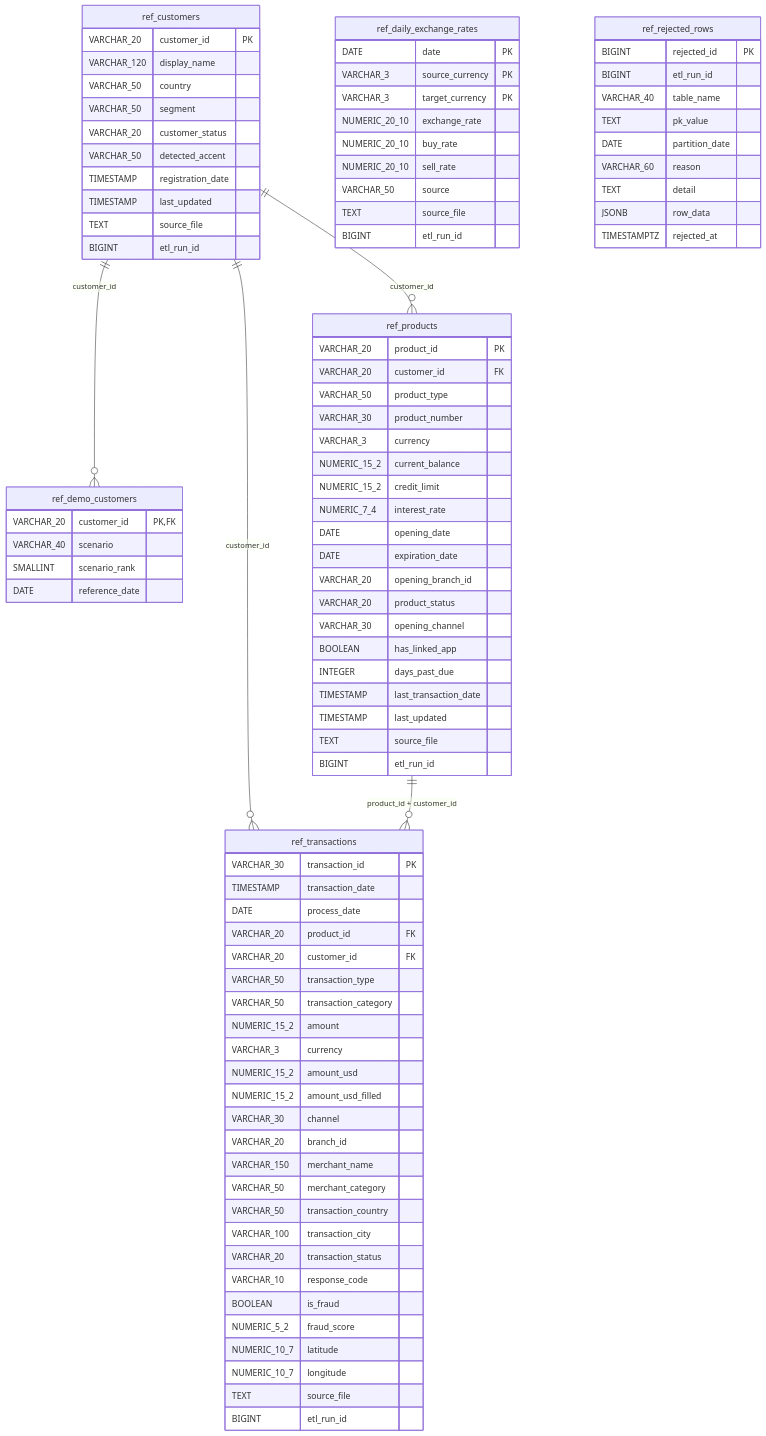
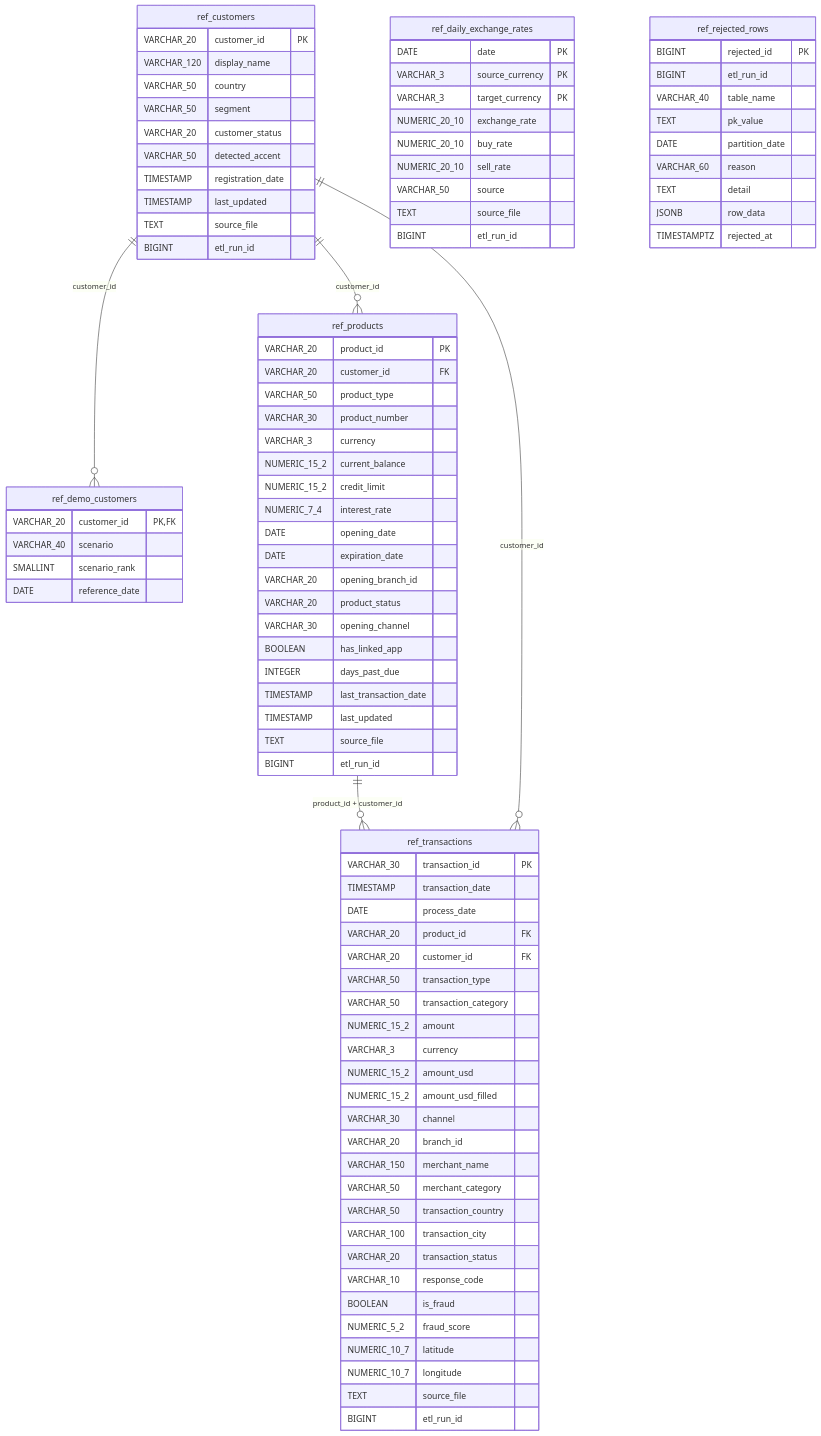
The first of 3 diagrams in docs/data/postgres-schema.md (HenryGlo/factored-hackathon-2026-gomez-team), drawn with Mermaid before and after one commit. The commit also changed other lines of this file and 32 other files, not shown here.

````diff
--- a/docs/data/postgres-schema.md
+++ b/docs/data/postgres-schema.md
@@ -98,6 +98,6 @@
     }
     ref_customers ||--o{ ref_demo_customers : "customer_id"
     ref_customers ||--o{ ref_products : "customer_id"
+    ref_products ||--o{ ref_transactions : "product_id + customer_id"
     ref_customers ||--o{ ref_transactions : "customer_id"
-    ref_products ||--o{ ref_transactions : "product_id + customer_id"
 ```
````
